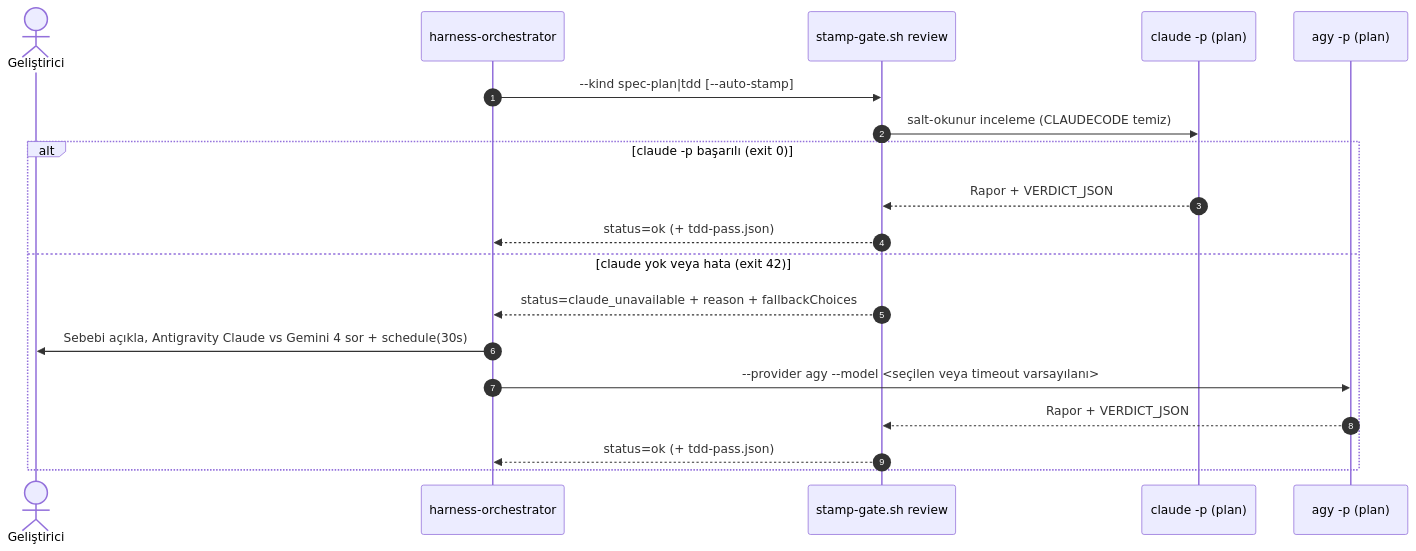
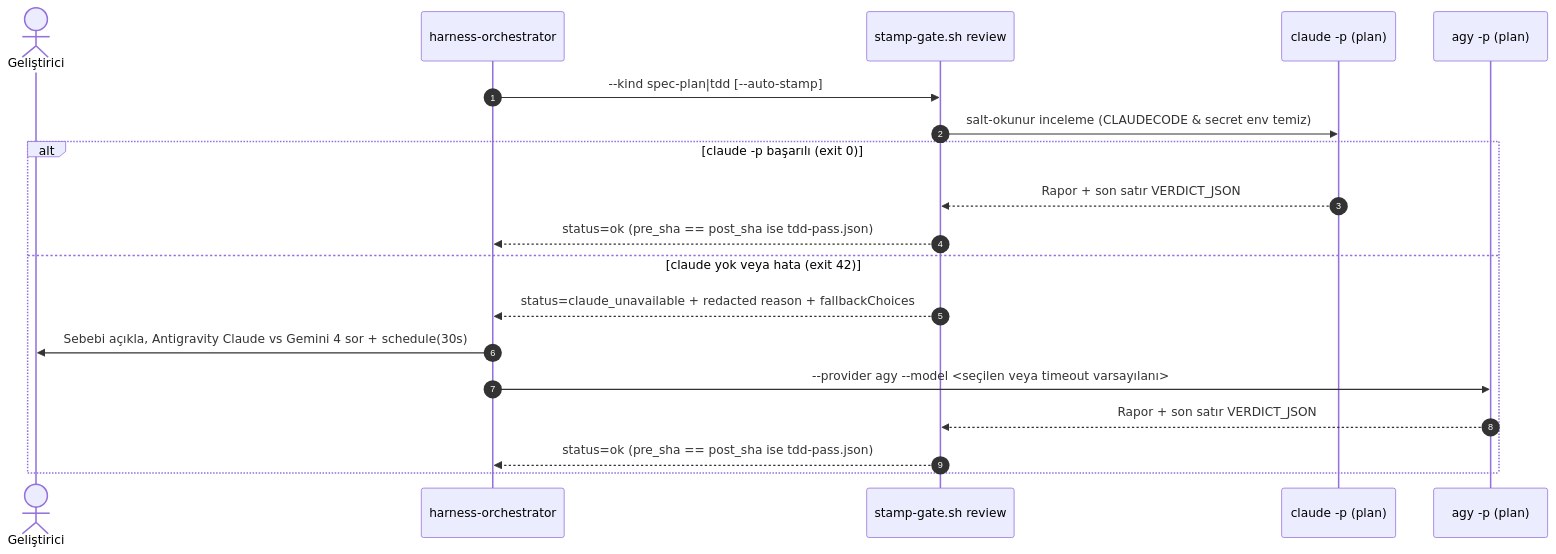
One commit to aparlak88/alps-agy-harness changed the second of 2 diagrams in docs/walkthroughs/2026-11-26-claude-cli-review-and-tdd-gate.md. Above: the diagram before and after it, drawn with Mermaid. The commit also changed other lines of this file and 7 other files, not shown here.

Commit message:
fix: harden claude -p review security, dotfile/deletion TDD checks, and walkthrough depth

````diff
--- a/docs/walkthroughs/2026-11-26-claude-cli-review-and-tdd-gate.md
+++ b/docs/walkthroughs/2026-11-26-claude-cli-review-and-tdd-gate.md
@@ -31,22 +31,22 @@
 ```mermaid
 sequenceDiagram
     autonumber
     actor User as Geliştirici
     participant Orch as harness-orchestrator
     participant SG as stamp-gate.sh review
     participant Claude as claude -p (plan)
     participant Agy as agy -p (plan)
 
     Orch->>SG: --kind spec-plan|tdd [--auto-stamp]
-    SG->>Claude: salt-okunur inceleme (CLAUDECODE temiz)
+    SG->>Claude: salt-okunur inceleme (CLAUDECODE & secret env temiz)
     alt claude -p başarılı (exit 0)
-        Claude-->>SG: Rapor + VERDICT_JSON
-        SG-->>Orch: status=ok (+ tdd-pass.json)
+        Claude-->>SG: Rapor + son satır VERDICT_JSON
+        SG-->>Orch: status=ok (pre_sha == post_sha ise tdd-pass.json)
     else claude yok veya hata (exit 42)
-        SG-->>Orch: status=claude_unavailable + reason + fallbackChoices
+        SG-->>Orch: status=claude_unavailable + redacted reason + fallbackChoices
         Orch->>User: Sebebi açıkla, Antigravity Claude vs Gemini 4 sor + schedule(30s)
         Orch->>Agy: --provider agy --model <seçilen veya timeout varsayılanı>
-        Agy-->>SG: Rapor + VERDICT_JSON
-        SG-->>Orch: status=ok (+ tdd-pass.json)
+        Agy-->>SG: Rapor + son satır VERDICT_JSON
+        SG-->>Orch: status=ok (pre_sha == post_sha ise tdd-pass.json)
     end
 ```
````
